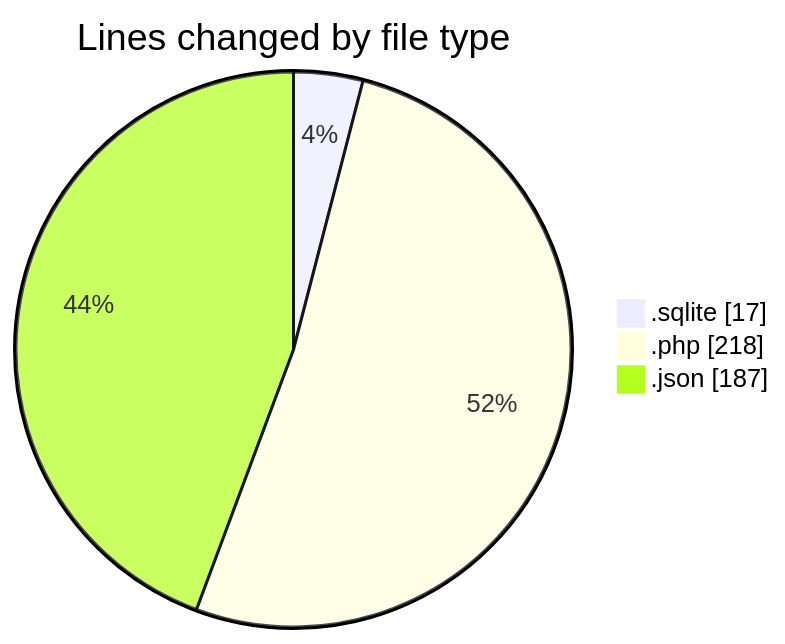
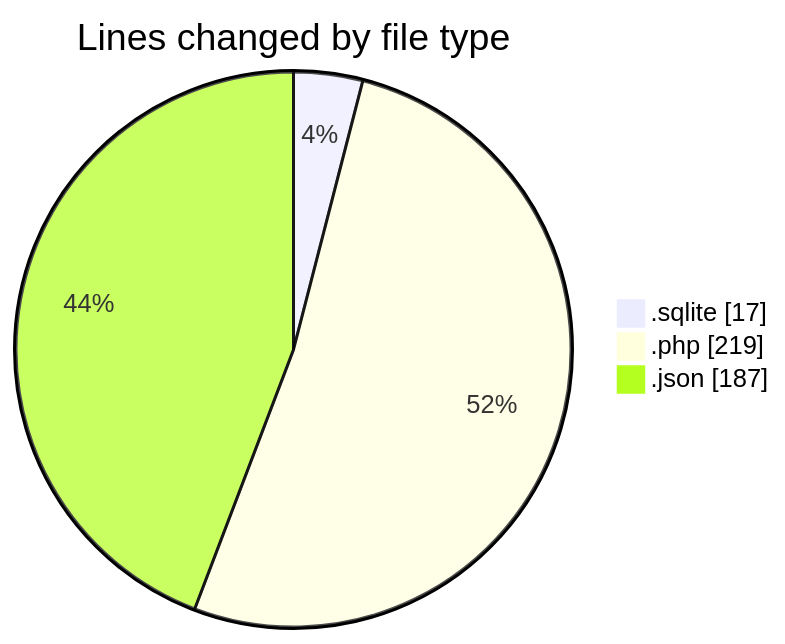
The first of 2 diagrams in 2025-10-07/url-shortener/README.md (Ritupan-Deka/code-tracking), drawn with Mermaid before and after one commit. The commit also changed other lines of this file and 1 other file, not shown here.

````diff
--- a/2025-10-07/url-shortener/README.md
+++ b/2025-10-07/url-shortener/README.md
@@ -22,7 +22,7 @@
 ```mermaid
 pie showData
 title Lines changed by file type
 ".sqlite" : 17
-".php" : 218
+".php" : 219
 ".json" : 187
 ```
````
